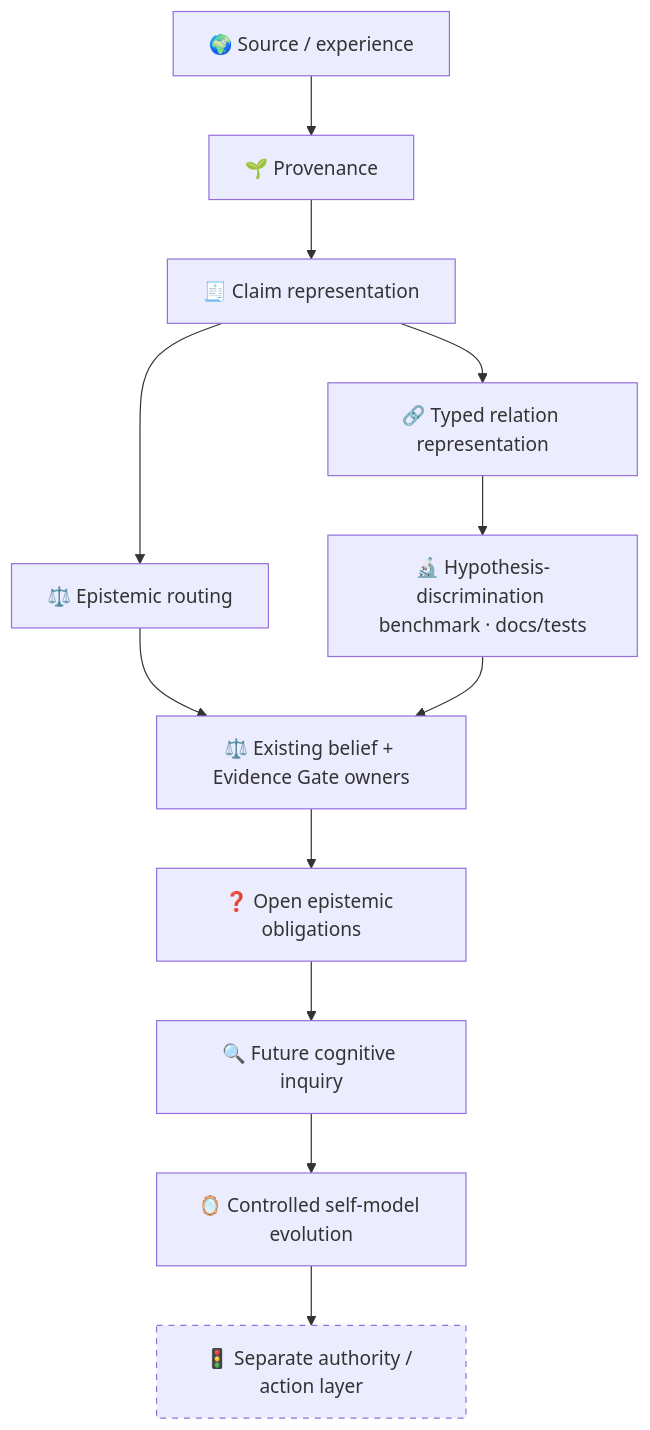
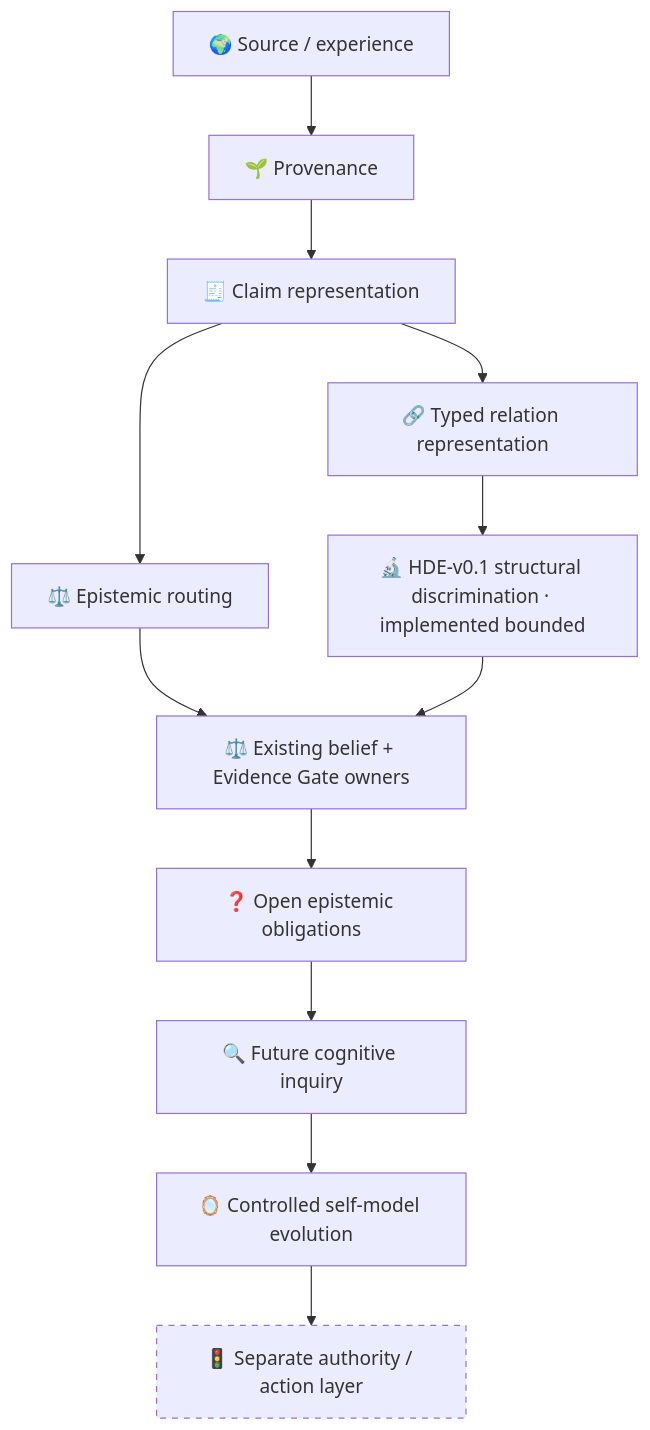
The second of 2 diagrams in README.md (velantrian/velantrim-mentaury-soul), drawn with Mermaid before and after one commit. The commit also changed other lines of this file and 3 other files, not shown here.

````diff
--- a/README.md
+++ b/README.md
@@ -186,16 +186,16 @@
 ```mermaid
 flowchart TD
     A[🌍 Source / experience] --> B[🌱 Provenance]
     B --> C[🧾 Claim representation]
     C --> D[🔗 Typed relation representation]
     C --> E[⚖️ Epistemic routing]
-    D --> F[🔬 Hypothesis-discrimination benchmark · docs/tests]
+    D --> F[🔬 HDE-v0.1 structural discrimination · implemented bounded]
     E --> G[⚖️ Existing belief + Evidence Gate owners]
     F --> G
     G --> H[❓ Open epistemic obligations]
     H --> I[🔍 Future cognitive inquiry]
     I --> J[🪞 Controlled self-model evolution]
     J --> K[🚦 Separate authority / action layer]
 
     style K stroke-dasharray: 5 5
 ```
````
